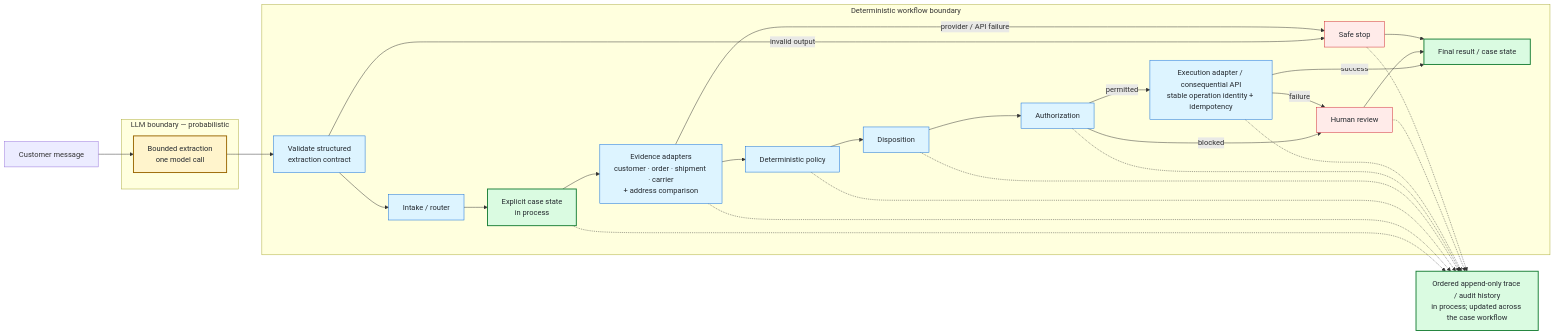
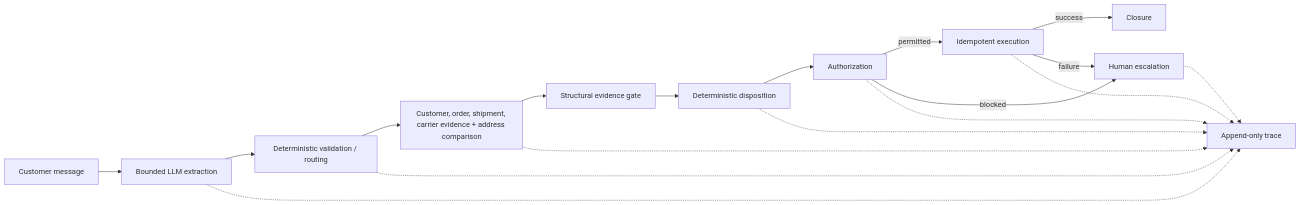
Before and after one commit to tommymeer/enterprise-ai-deployment-lab: the diagram in projects/support-agent/README.md, drawn with Mermaid. The commit also changed other lines of this file and 1 other file, not shown here.

````diff
--- a/projects/support-agent/README.md
+++ b/projects/support-agent/README.md
@@ -14,50 +23,21 @@
 ```mermaid
 flowchart LR
-    MESSAGE[Customer message]
-
-    subgraph LLM["LLM boundary — probabilistic"]
-        EXTRACT["Bounded extraction<br/>one model call"]
-    end
-
-    subgraph WORKFLOW["Deterministic workflow boundary"]
-        VALIDATE["Validate structured<br/>extraction contract"]
-        INTAKE[Intake / router]
-        STATE["Explicit case state<br/>in process"]
-        EVIDENCE["Evidence adapters<br/>customer · order · shipment · carrier<br/>+ address comparison"]
-        POLICY[Deterministic policy]
-        DISPOSITION[Disposition]
-        AUTHORIZATION[Authorization]
-        EXECUTION["Execution adapter / consequential API<br/>stable operation identity + idempotency"]
-        REVIEW[Human review]
-        SAFESTOP[Safe stop]
-        FINAL[Final result / case state]
-
-        VALIDATE --> INTAKE --> STATE --> EVIDENCE --> POLICY --> DISPOSITION --> AUTHORIZATION
-        AUTHORIZATION -->|permitted| EXECUTION -->|success| FINAL
-        AUTHORIZATION -->|blocked| REVIEW --> FINAL
-        EXECUTION -->|failure| REVIEW
-        VALIDATE -->|invalid output| SAFESTOP --> FINAL
-        EVIDENCE -->|provider / API failure| SAFESTOP
-    end
-
-    TRACE["Ordered append-only trace / audit history<br/>in process; updated across the case workflow"]
-
-    MESSAGE --> EXTRACT --> VALIDATE
-    STATE -.-> TRACE
+    MESSAGE[Customer message] --> EXTRACT[Bounded LLM extraction]
+    EXTRACT --> VALIDATE[Deterministic validation / routing]
+    VALIDATE --> EVIDENCE[Customer, order, shipment, carrier evidence + address comparison]
+    EVIDENCE --> GATE[Structural evidence gate]
+    GATE --> DISPOSITION[Deterministic disposition]
+    DISPOSITION --> AUTHORIZATION[Authorization]
+    AUTHORIZATION -->|permitted| EXECUTION[Idempotent execution]
+    AUTHORIZATION -->|blocked| REVIEW[Human escalation]
+    EXECUTION -->|success| CLOSE[Closure]
+    EXECUTION -->|failure| REVIEW
+    TRACE[Append-only trace]
+    EXTRACT -.-> TRACE
+    VALIDATE -.-> TRACE
     EVIDENCE -.-> TRACE
-    POLICY -.-> TRACE
     DISPOSITION -.-> TRACE
     AUTHORIZATION -.-> TRACE
     EXECUTION -.-> TRACE
     REVIEW -.-> TRACE
-    SAFESTOP -.-> TRACE
-
-    classDef llm fill:#fff4cc,stroke:#9a6700,stroke-width:2px,color:#24292f;
-    classDef deterministic fill:#ddf4ff,stroke:#0969da,stroke-width:1px,color:#24292f;
-    classDef state fill:#dafbe1,stroke:#1a7f37,stroke-width:2px,color:#24292f;
-    classDef safety fill:#ffebe9,stroke:#cf222e,stroke-width:1px,color:#24292f;
-    class EXTRACT llm;
-    class VALIDATE,INTAKE,EVIDENCE,POLICY,DISPOSITION,AUTHORIZATION,EXECUTION deterministic;
-    class STATE,FINAL,TRACE state;
-    class REVIEW,SAFESTOP safety;
 ```
````
